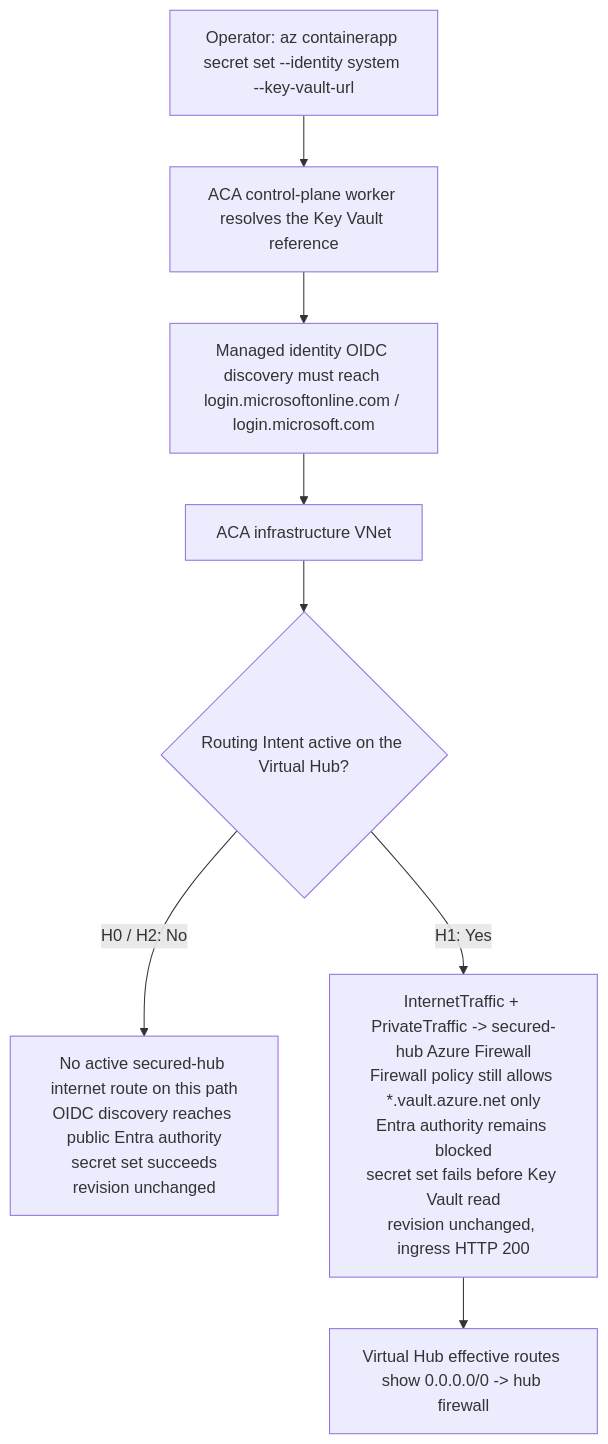
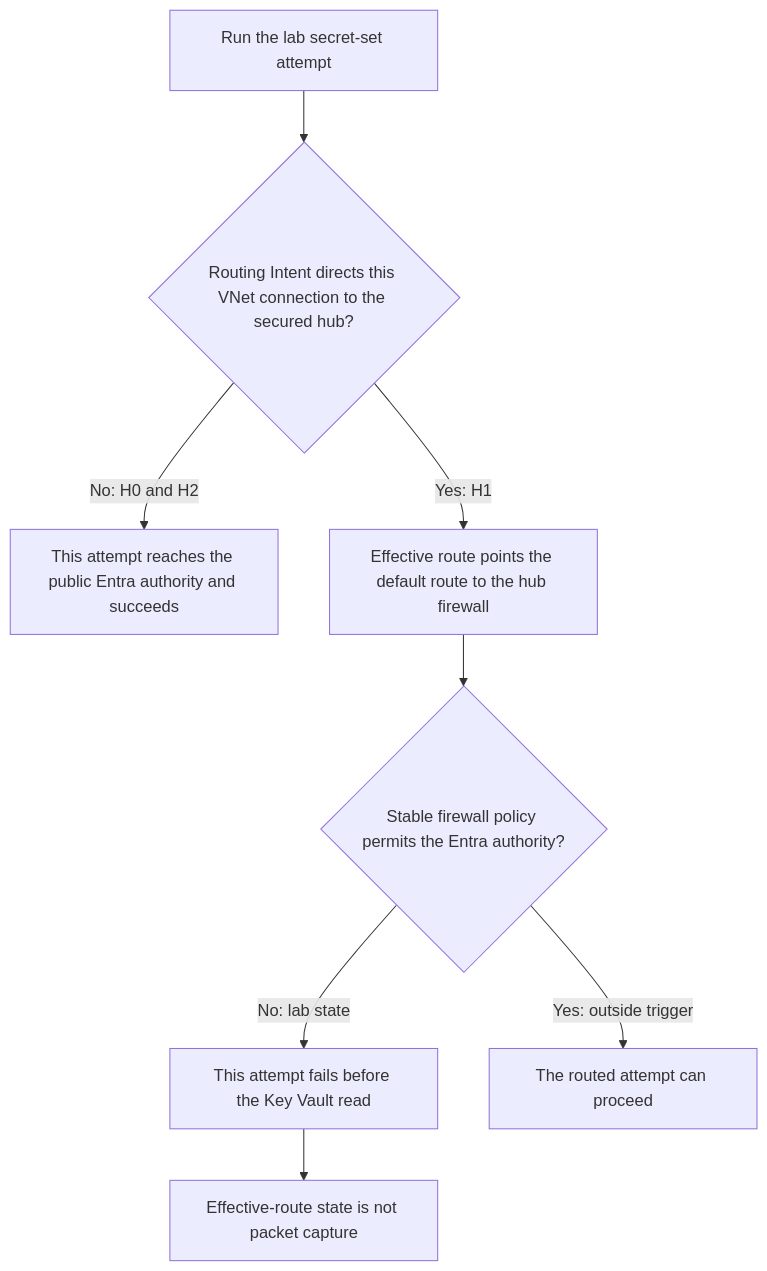
The diagram in docs/troubleshooting/lab-guides/aca-secret-kv-ref-mi-network-path-h4d.md (yeongseon/azure-container-apps-practical-guide), drawn with Mermaid before and after one commit. The commit also changed other lines of this file and 23 other files, not shown here.

Commit message:
docs(diagrams): migrate the first lab-guide diagram batch (#625)

````diff
--- a/docs/troubleshooting/lab-guides/aca-secret-kv-ref-mi-network-path-h4d.md
+++ b/docs/troubleshooting/lab-guides/aca-secret-kv-ref-mi-network-path-h4d.md
@@ -58,10 +58,10 @@
 ```mermaid
 flowchart TD
-    A["Operator: az containerapp secret set --identity system --key-vault-url"] --> B["ACA control-plane worker resolves the Key Vault reference"]
-    B --> C["Managed identity OIDC discovery must reach login.microsoftonline.com / login.microsoft.com"]
-    C --> D["ACA infrastructure VNet"]
-    D --> E{"Routing Intent active on the Virtual Hub?"}
-    E -->|H0 / H2: No| F["No active secured-hub internet route on this path\nOIDC discovery reaches public Entra authority\nsecret set succeeds\nrevision unchanged"]
-    E -->|H1: Yes| G["InternetTraffic + PrivateTraffic -> secured-hub Azure Firewall\nFirewall policy still allows *.vault.azure.net only\nEntra authority remains blocked\nsecret set fails before Key Vault read\nrevision unchanged, ingress HTTP 200"]
-    G --> H["Virtual Hub effective routes show 0.0.0.0/0 -> hub firewall"]
+    ATTEMPT["Run the lab secret-set attempt"] --> INTENT{"Routing Intent directs this VNet connection to the secured hub?"}
+    INTENT -->|No: H0 and H2| DIRECT["This attempt reaches the public Entra authority and succeeds"]
+    INTENT -->|Yes: H1| HUB["Effective route points the default route to the hub firewall"]
+    HUB --> POLICY{"Stable firewall policy permits the Entra authority?"}
+    POLICY -->|No: lab state| FAIL["This attempt fails before the Key Vault read"]
+    POLICY -->|Yes: outside trigger| PASS["The routed attempt can proceed"]
+    FAIL --> LIMIT["Effective-route state is not packet capture"]
 ```
````
